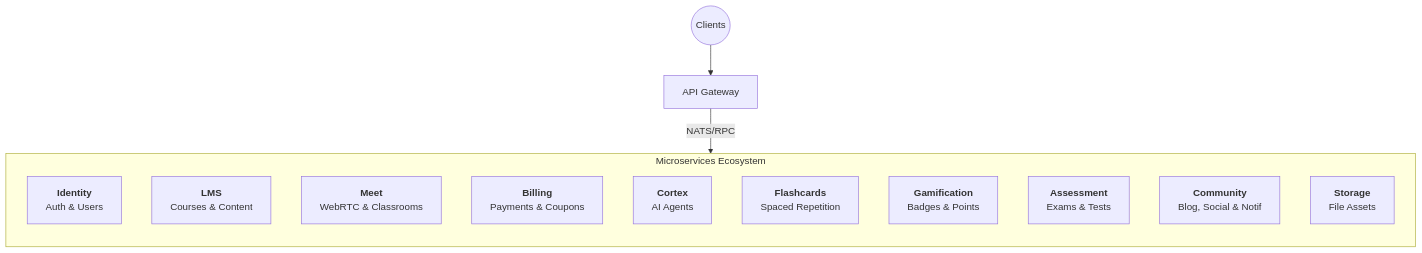
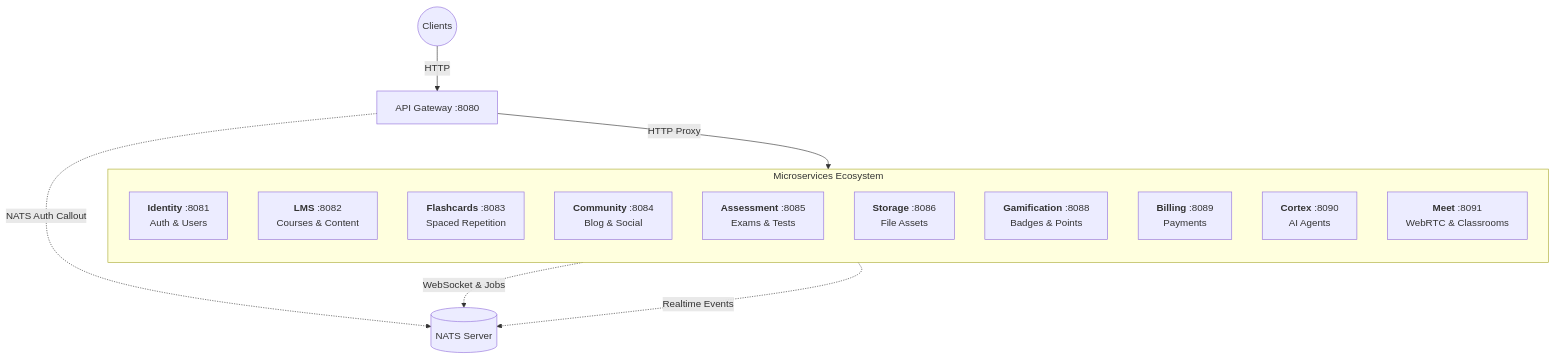
The diagram in README.md (Lain4504/torii-monorepo), drawn with Mermaid before and after one commit. The commit also changed other lines of this file and 24 other files, not shown here.

Commit message:
chore: remove obsolete controllers for room, auth-room, and polls in preparation for HTTP-based migration

````diff
--- a/README.md
+++ b/README.md
@@ -112,19 +141,23 @@
 ```mermaid
 graph TB
-    Client((Clients)) --> Gateway[API Gateway]
-    Gateway -- NATS/RPC --> ServiceLayer
+    Client((Clients)) -->|HTTP| Gateway[API Gateway :8080]
+    Gateway -->|HTTP Proxy| ServiceLayer
+    Gateway -.->|NATS Auth Callout| NATS[(NATS Server)]
     
     subgraph ServiceLayer [Microservices Ecosystem]
         direction TB
-        Identity[<b>Identity</b><br>Auth & Users]
-        LMS[<b>LMS</b><br>Courses & Content]
-        Meet[<b>Meet</b><br>WebRTC & Classrooms]
-        Billing[<b>Billing</b><br>Payments & Coupons]
-        Cortex[<b>Cortex</b><br>AI Agents]
-        Flashcards[<b>Flashcards</b><br>Spaced Repetition]
-        Gamification[<b>Gamification</b><br>Badges & Points]
-        Assessment[<b>Assessment</b><br>Exams & Tests]
-        Community[<b>Community</b><br>Blog, Social & Notif]
-        Storage[<b>Storage</b><br>File Assets]
+        Identity[<b>Identity</b> :8081<br>Auth & Users]
+        LMS[<b>LMS</b> :8082<br>Courses & Content]
+        Flashcards[<b>Flashcards</b> :8083<br>Spaced Repetition]
+        Community[<b>Community</b> :8084<br>Blog & Social]
+        Assessment[<b>Assessment</b> :8085<br>Exams & Tests]
+        Storage[<b>Storage</b> :8086<br>File Assets]
+        Gamification[<b>Gamification</b> :8088<br>Badges & Points]
+        Billing[<b>Billing</b> :8089<br>Payments]
+        Cortex[<b>Cortex</b> :8090<br>AI Agents]
+        Meet[<b>Meet</b> :8091<br>WebRTC & Classrooms]
     end
+    
+    ServiceLayer -.->|Realtime Events| NATS
+    Meet -.->|WebSocket & Jobs| NATS
 ```
````
